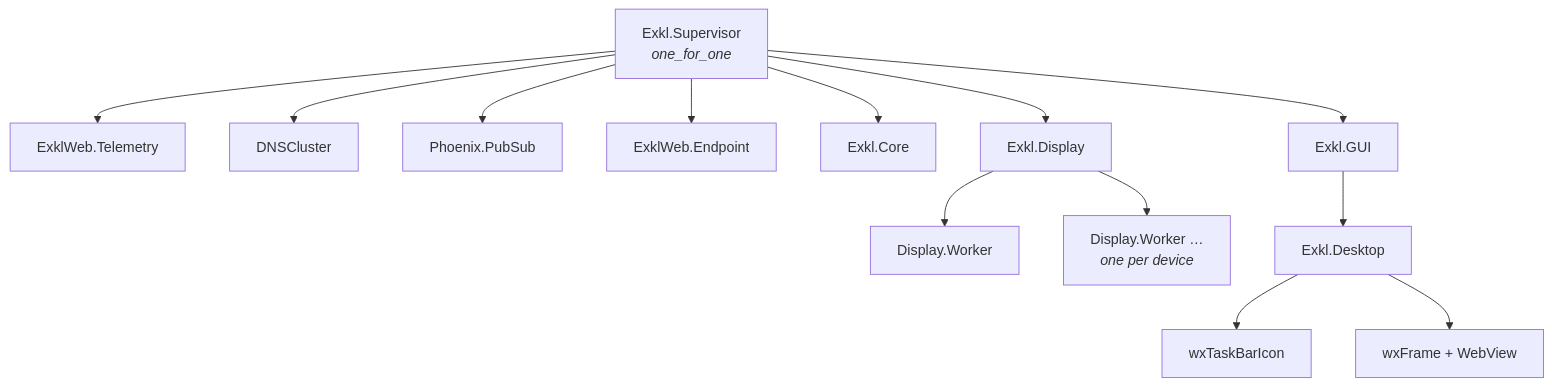
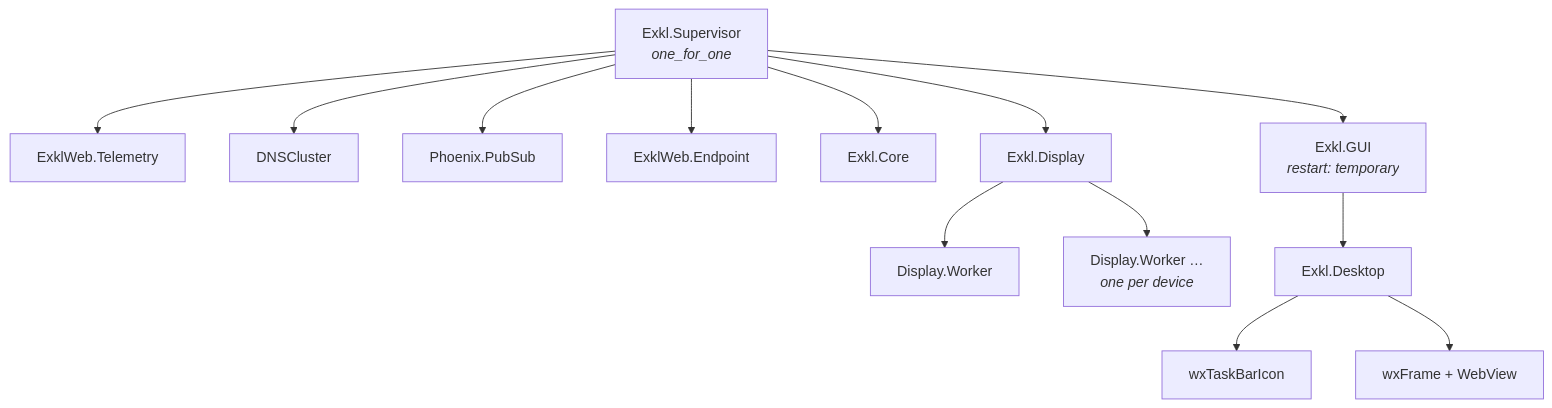
Before and after one commit to z7ealth/exkl: the first of 2 diagrams in docs/ARCHITECTURE.md, drawn with Mermaid. The commit also changed other lines of this file and 4 other files, not shown here.

````diff
--- a/docs/ARCHITECTURE.md
+++ b/docs/ARCHITECTURE.md
@@ -7,19 +7,19 @@
 ```mermaid
 graph TD
   Root["Exkl.Supervisor<br/><i>one_for_one</i>"]
 
   Root --> Telemetry["ExklWeb.Telemetry"]
   Root --> DNS["DNSCluster"]
   Root --> PubSub["Phoenix.PubSub"]
   Root --> Endpoint["ExklWeb.Endpoint"]
   Root --> Core["Exkl.Core"]
   Root --> Display["Exkl.Display"]
-  Root --> GUI["Exkl.GUI"]
+  Root --> GUI["Exkl.GUI<br/><i>restart: temporary</i>"]
 
   Display --> Worker1["Display.Worker"]
   Display --> WorkerN["Display.Worker …<br/><i>one per device</i>"]
 
   GUI --> Desktop["Exkl.Desktop"]
   Desktop --> Tray["wxTaskBarIcon"]
   Desktop --> Window["wxFrame + WebView"]
 ```
````
